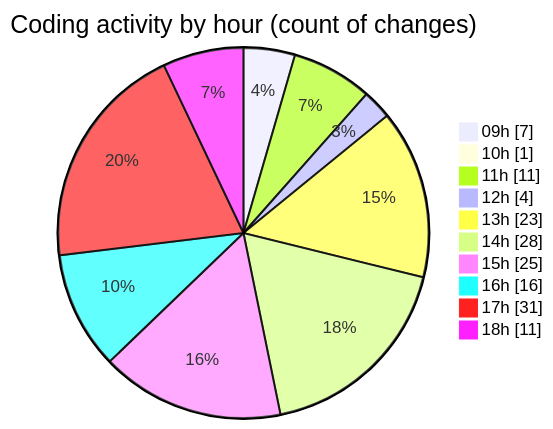
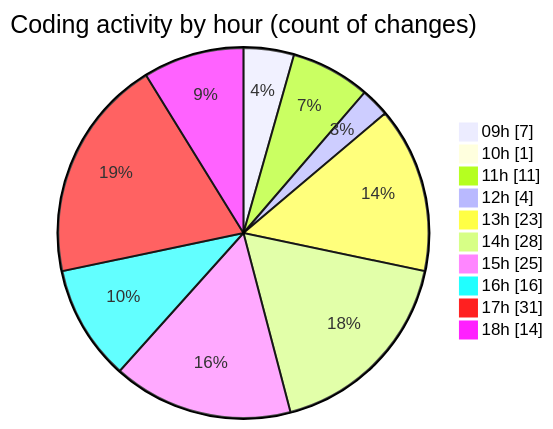
The second of 2 diagrams in 2026-04-22/cda/README.md (momahboobian/code-tracking), drawn with Mermaid before and after one commit. The commit also changed other lines of this file and 1 other file, not shown here.

````diff
--- a/2026-04-22/cda/README.md
+++ b/2026-04-22/cda/README.md
@@ -55,14 +55,14 @@
 ```mermaid
 pie showData
 title Coding activity by hour (count of changes)
 "09h" : 7
 "10h" : 1
 "11h" : 11
 "12h" : 4
 "13h" : 23
 "14h" : 28
 "15h" : 25
 "16h" : 16
 "17h" : 31
-"18h" : 11
+"18h" : 14
 ```
````
